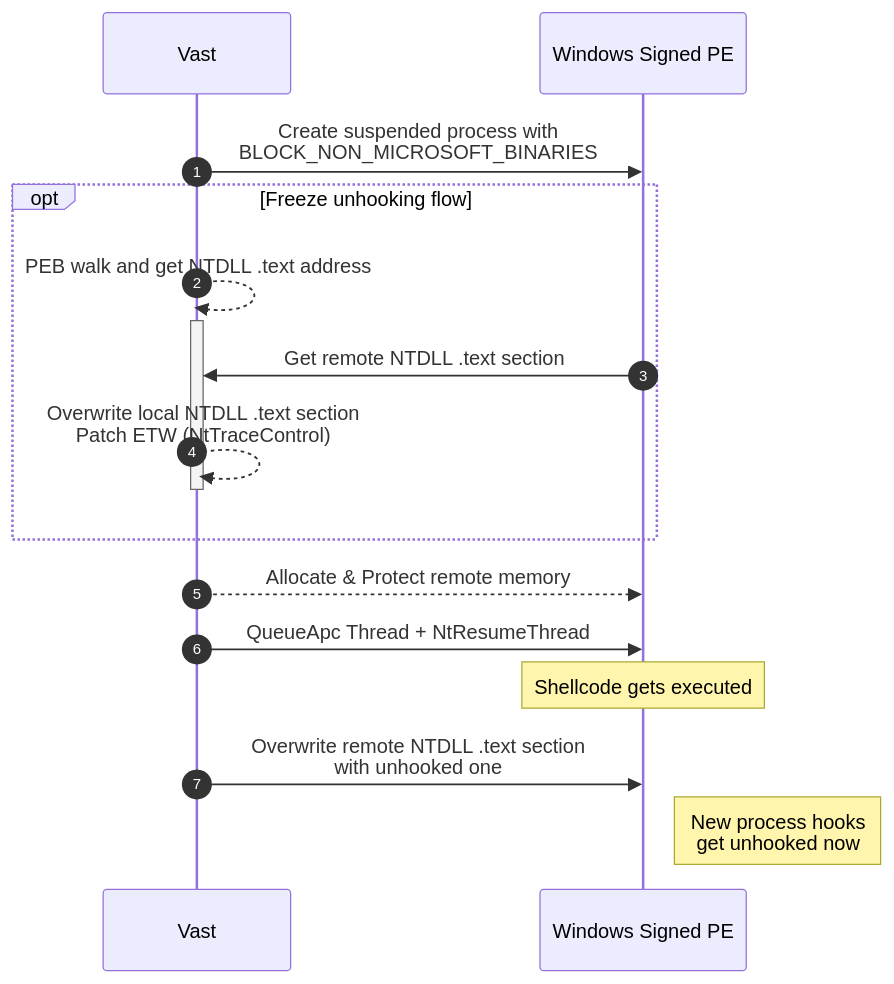
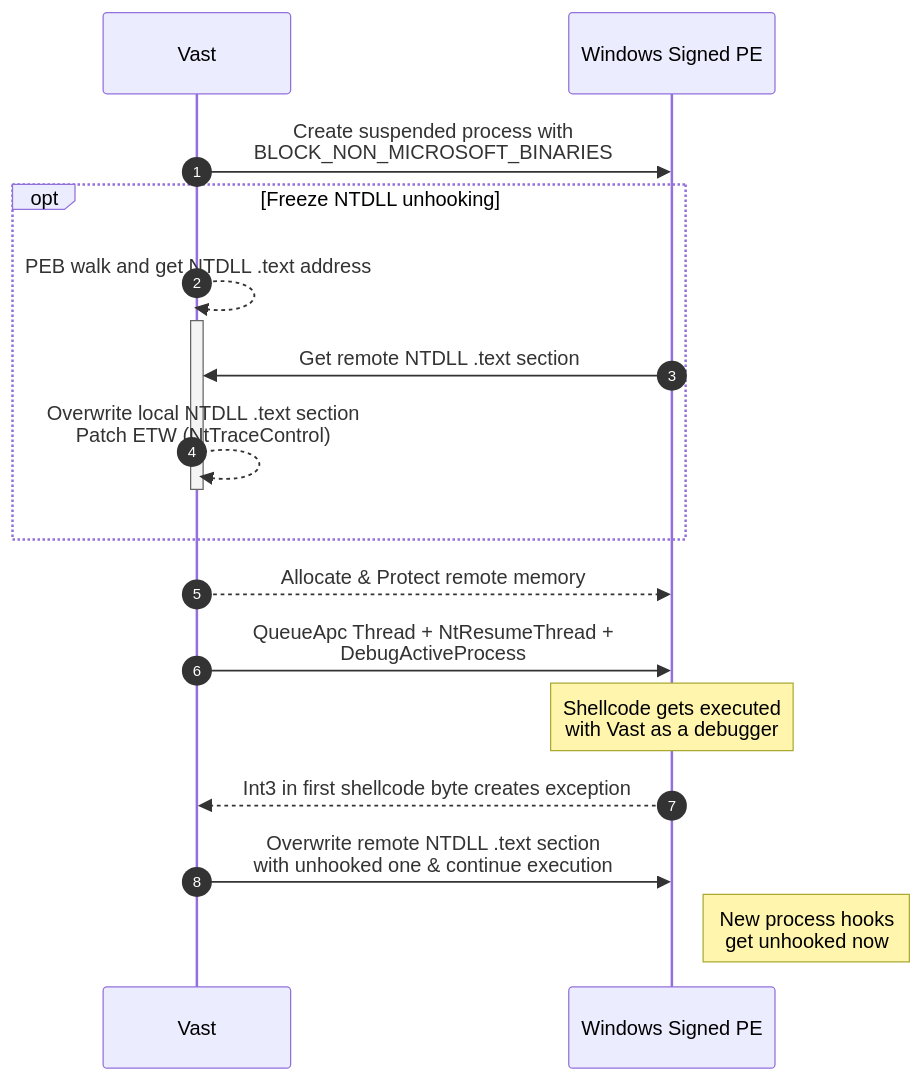
Before and after one commit to mariolima/vast: the diagram in README.md, drawn with Mermaid.

````diff
--- a/README.md
+++ b/README.md
@@ -5,17 +5,18 @@
 ```mermaid
 sequenceDiagram
 autonumber
 participant V as Vast
 participant T as Windows Signed PE
 V->>T: Create suspended process with <br>BLOCK_NON_MICROSOFT_BINARIES
-opt Freeze unhooking flow
+opt Freeze NTDLL unhooking
 V-->>+V: PEB walk and get NTDLL .text address
 T->>V: Get remote NTDLL .text section
 V-->>-V: Overwrite local NTDLL .text section<br>Patch ETW (NtTraceControl)
 end
 V-->>T: Allocate & Protect remote memory
-V->>T: QueueApc Thread + NtResumeThread
-note over T: Shellcode gets executed
-V->>T: Overwrite remote  NTDLL .text section<br>with unhooked one
+V->>T: QueueApc Thread + NtResumeThread + <br> DebugActiveProcess
+note over T: Shellcode gets executed<br>with Vast as a debugger
+T-->>V: Int3 in first shellcode byte creates exception
+V->>T: Overwrite remote  NTDLL .text section<br>with unhooked one & continue execution
 note right of T: New process hooks<br>get unhooked now
 ```
````
